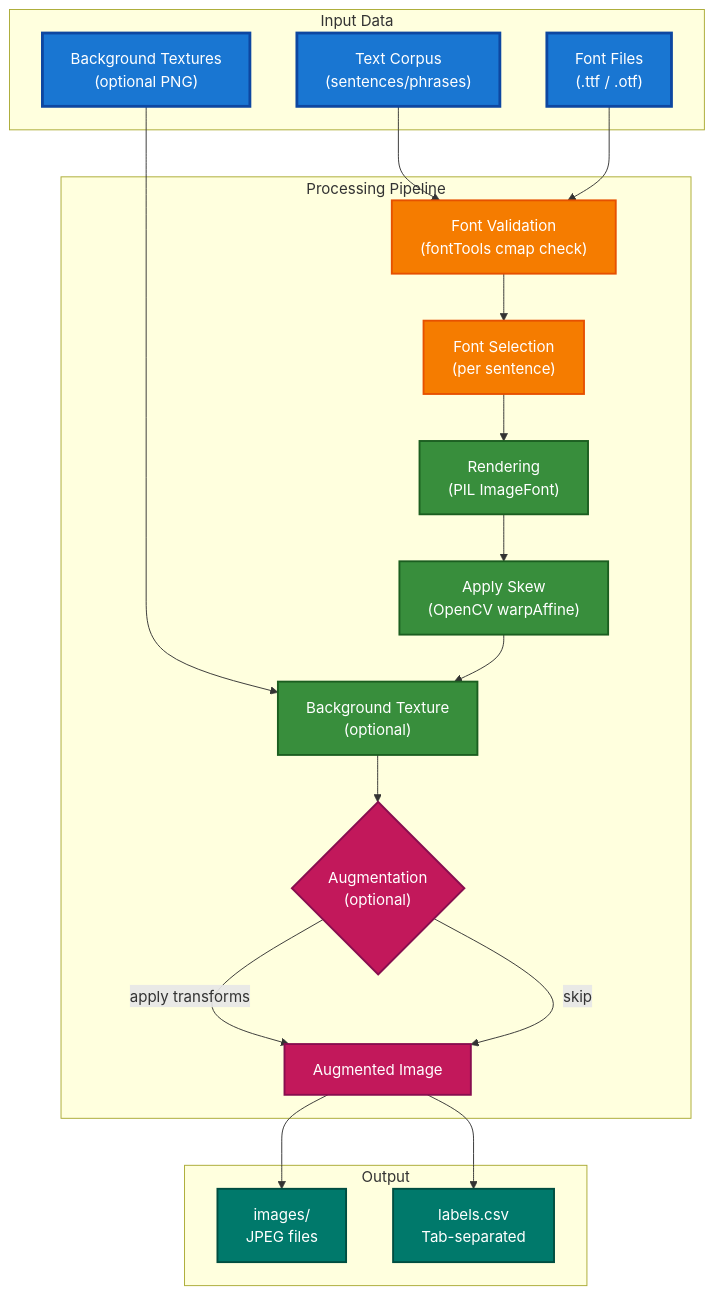
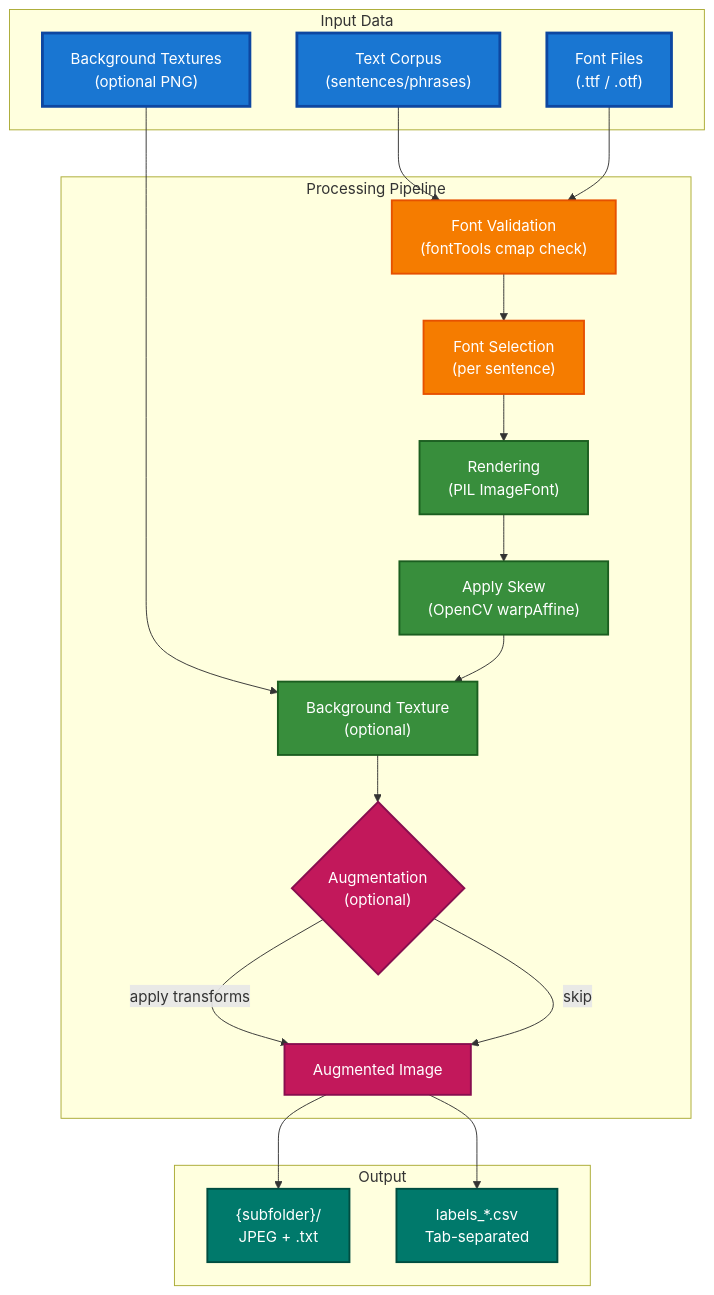
Before and after one commit to ValeriiSielikhov/ukrainian-handwriting-synth: the second of 2 diagrams in README.md, drawn with Mermaid. The commit also changed other lines of this file and 3 other files, not shown here.

````diff
--- a/README.md
+++ b/README.md
@@ -110,46 +110,46 @@
 ```mermaid
 ---
 config:
   layout: dagre
 ---
 flowchart TD
     classDef input fill:#1976d2,stroke:#0d47a1,stroke-width:3px,color:#fff
     classDef process fill:#f57c00,stroke:#e65100,stroke-width:2px,color:#fff
     classDef render fill:#388e3c,stroke:#1b5e20,stroke-width:2px,color:#fff
     classDef augment fill:#c2185b,stroke:#880e4f,stroke-width:2px,color:#fff
     classDef output fill:#00796b,stroke:#004d40,stroke-width:2px,color:#fff
 
     subgraph Input["Input Data"]
         Text["Text Corpus<br/>(sentences/phrases)"]:::input
         FontDir["Font Files<br/>(.ttf / .otf)"]:::input
         BgDir["Background Textures<br/>(optional PNG)"]:::input
     end
 
     subgraph Processing["Processing Pipeline"]
         Validation["Font Validation<br/>(fontTools cmap check)"]:::process
         Selection["Font Selection<br/>(per sentence)"]:::process
         Render["Rendering<br/>(PIL ImageFont)"]:::render
         Skew["Apply Skew<br/>(OpenCV warpAffine)"]:::render
         BgTex["Background Texture<br/>(optional)"]:::render
         Augment{"Augmentation<br/>(optional)"}:::augment
         AugOut["Augmented Image"]:::augment
     end
 
     subgraph Output["Output"]
-        Images["images/<br/>JPEG files"]:::output
-        Labels["labels.csv<br/>Tab-separated"]:::output
+        Images["{subfolder}/<br/>JPEG + .txt"]:::output
+        Labels["labels_*.csv<br/>Tab-separated"]:::output
     end
 
     Text --> Validation
     FontDir --> Validation
     BgDir --> BgTex
     Validation --> Selection
     Selection --> Render
     Render --> Skew
     Skew --> BgTex
     BgTex --> Augment
     Augment -->|"apply transforms"| AugOut
     Augment -->|"skip"| AugOut
     AugOut --> Images
     AugOut --> Labels
 ```
````
